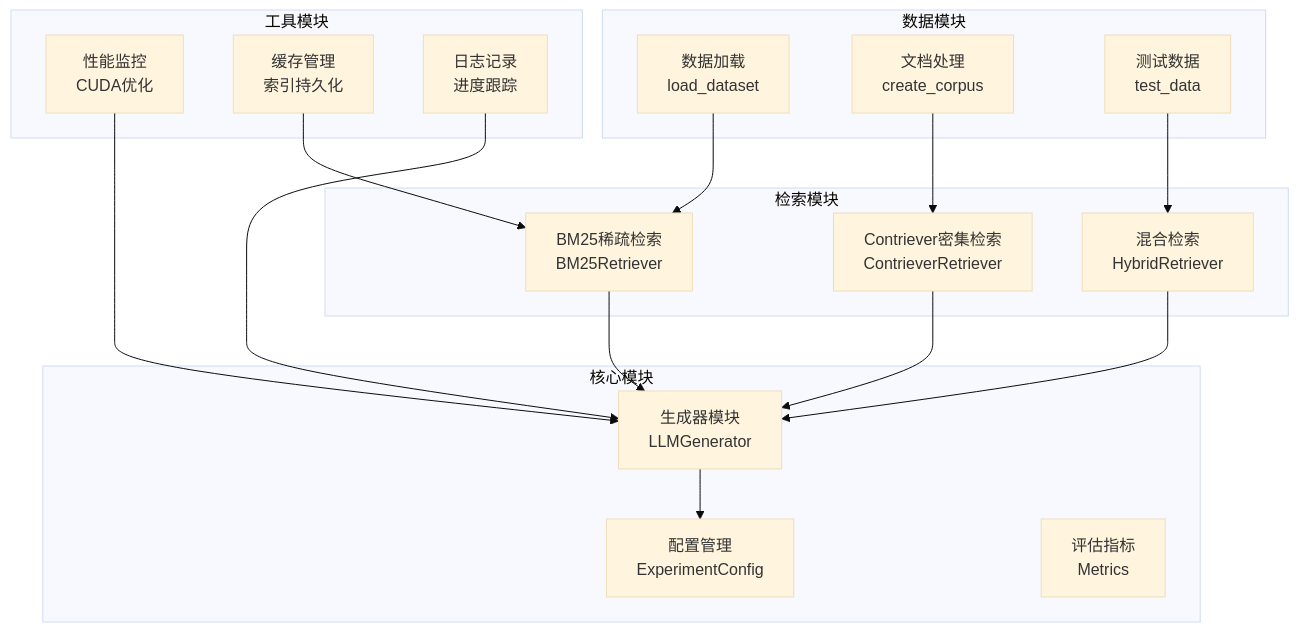
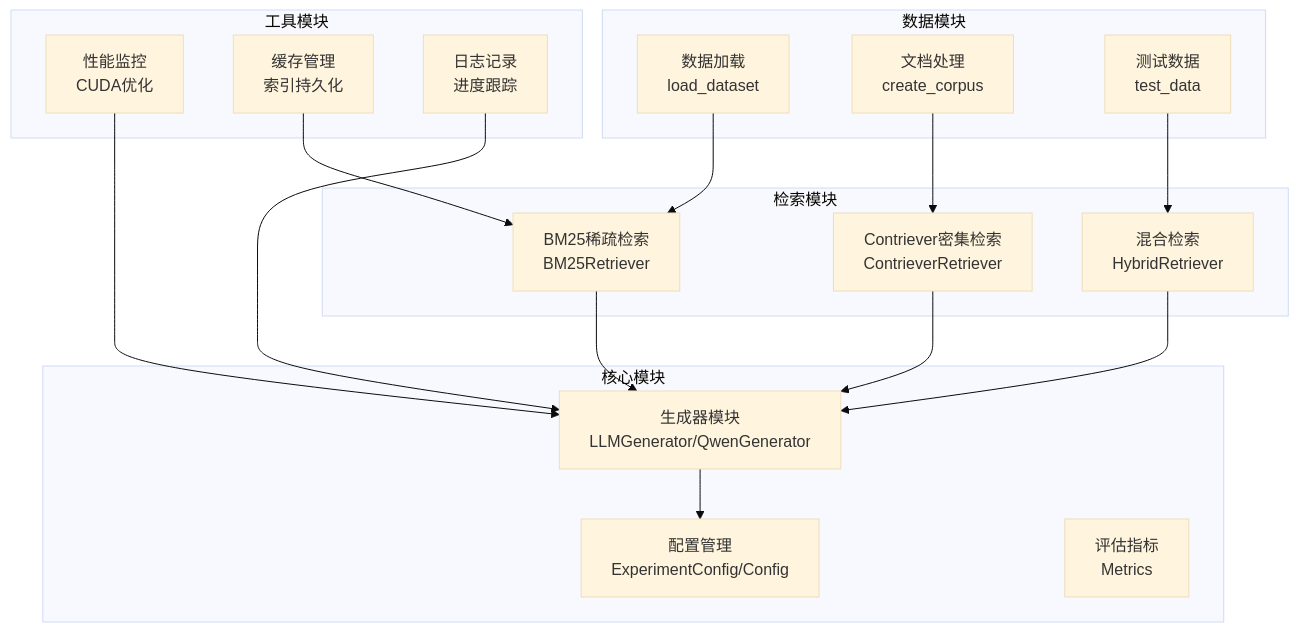
Before and after one commit to kitee0918/-nlp-rag-project: the first of 8 diagrams in .qoder/repowiki/zh/content/技术实现指南/生成模型集成.md, drawn with Mermaid (base theme). The commit also changed other lines of this file and 4 other files, not shown here.

````diff
--- a/.qoder/repowiki/zh/content/技术实现指南/生成模型集成.md
+++ b/.qoder/repowiki/zh/content/技术实现指南/生成模型集成.md
@@ -47,33 +48,33 @@
 ```mermaid
 graph TB
 subgraph "核心模块"
-A[生成器模块<br/>LLMGenerator]
-B[配置管理<br/>ExperimentConfig]
+A[生成器模块<br/>LLMGenerator/QwenGenerator]
+B[配置管理<br/>ExperimentConfig/Config]
 C[评估指标<br/>Metrics]
 end
 subgraph "检索模块"
 D[BM25稀疏检索<br/>BM25Retriever]
 E[Contriever密集检索<br/>ContrieverRetriever]
 F[混合检索<br/>HybridRetriever]
 end
 subgraph "数据模块"
 G[数据加载<br/>load_dataset]
 H[文档处理<br/>create_corpus]
 I[测试数据<br/>test_data]
 end
 subgraph "工具模块"
 J[性能监控<br/>CUDA优化]
 K[缓存管理<br/>索引持久化]
 L[日志记录<br/>进度跟踪]
 end
 A --> B
 D --> A
 E --> A
 F --> A
 G --> D
 H --> E
 I --> F
 J --> A
 K --> D
 L --> A
 ```
````
